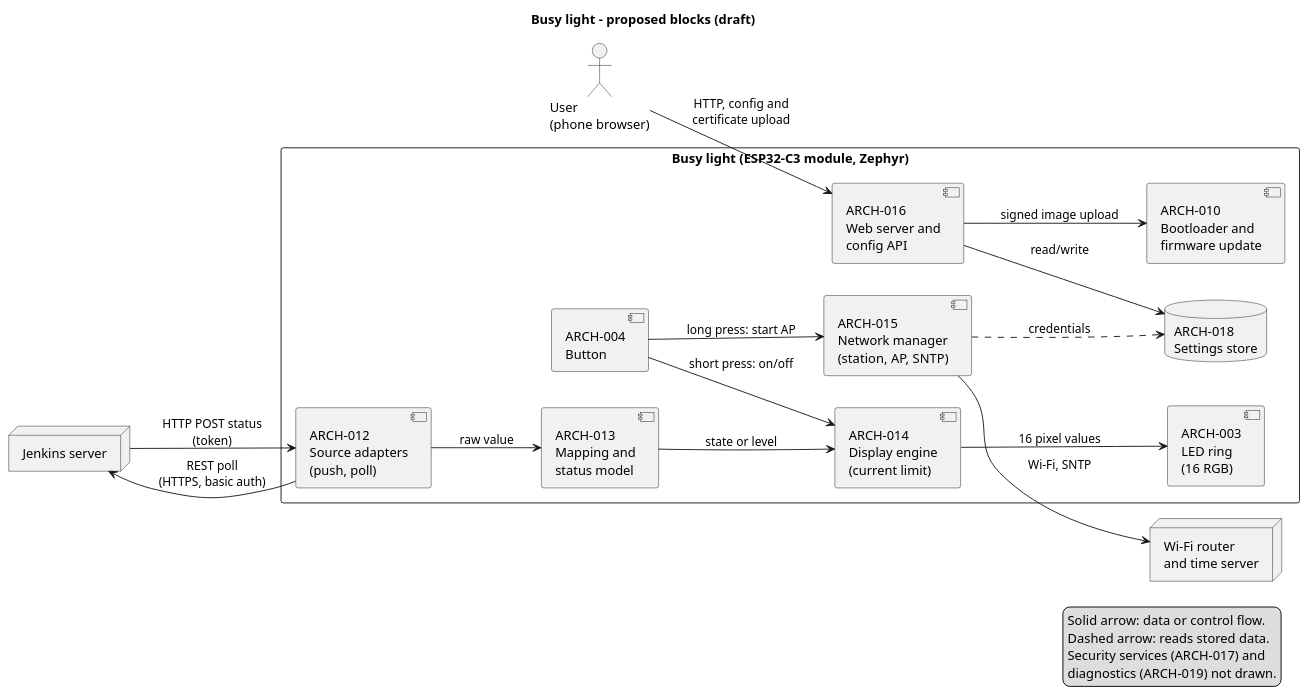
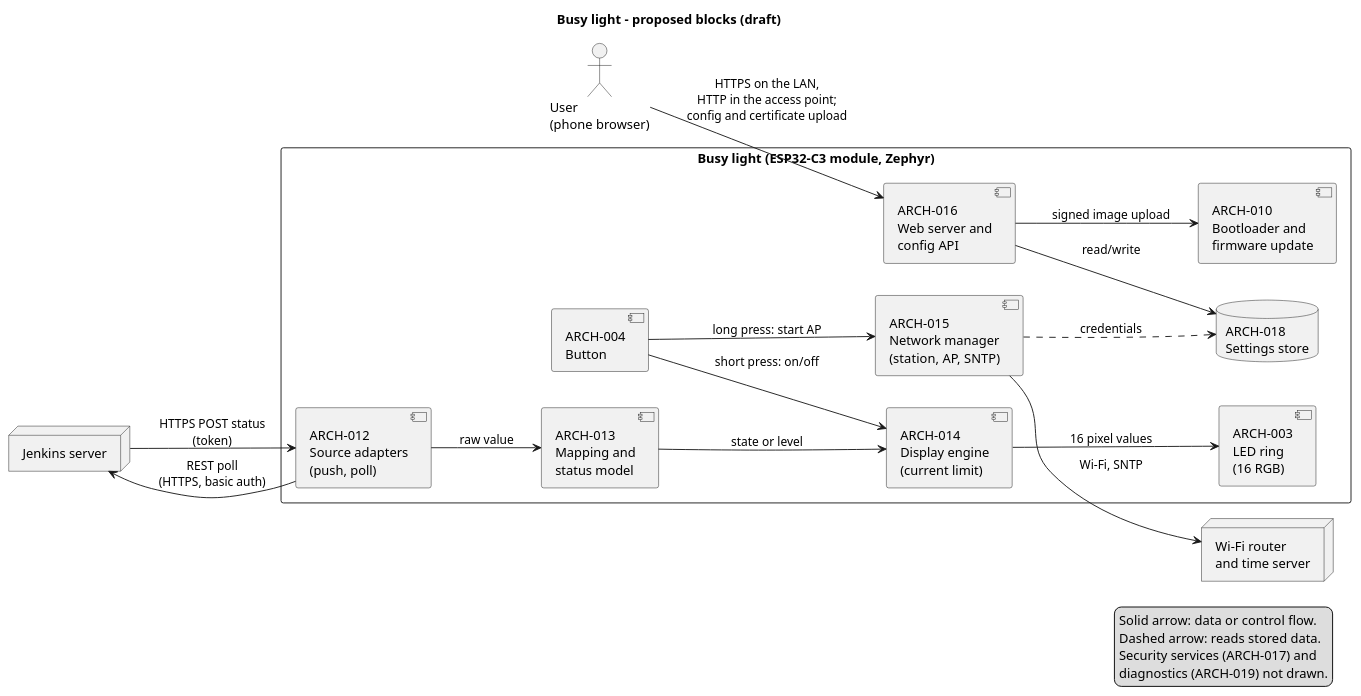
Before and after one commit to spoorcc/busy-light: the diagram in docs/diagrams/plantuml/arch-system-blocks.puml, drawn with PlantUML. The commit also changed 20 other files, not shown here.

```diff
--- a/docs/diagrams/plantuml/arch-system-blocks.puml
+++ b/docs/diagrams/plantuml/arch-system-blocks.puml
@@ -1,40 +1,40 @@
 @startuml arch-system-blocks
 title Busy light - proposed blocks (draft)
 left to right direction
 
 actor "User\n(phone browser)" as user
 node "Jenkins server" as jenkins
 node "Wi-Fi router\nand time server" as lan
 
 rectangle "Busy light (ESP32-C3 module, Zephyr)" {
   component "ARCH-016\nWeb server and\nconfig API" as web
   component "ARCH-015\nNetwork manager\n(station, AP, SNTP)" as net
   component "ARCH-012\nSource adapters\n(push, poll)" as src
   component "ARCH-013\nMapping and\nstatus model" as map
   component "ARCH-014\nDisplay engine\n(current limit)" as disp
   database "ARCH-018\nSettings store" as store
   component "ARCH-010\nBootloader and\nfirmware update" as boot
   component "ARCH-003\nLED ring\n(16 RGB)" as led
   component "ARCH-004\nButton" as btn
 }
 
-user --> web : HTTP, config and\ncertificate upload
-jenkins --> src : HTTP POST status\n(token)
+user --> web : HTTPS on the LAN,\nHTTP in the access point;\nconfig and certificate upload
+jenkins --> src : HTTPS POST status\n(token)
 src --> jenkins : REST poll\n(HTTPS, basic auth)
 net --> lan : Wi-Fi, SNTP
 src --> map : raw value
 map --> disp : state or level
 disp --> led : 16 pixel values
 btn --> net : long press: start AP
 btn --> disp : short press: on/off
 web --> store : read/write
 net ..> store : credentials
 web --> boot : signed image upload
 
 legend right
   Solid arrow: data or control flow.
   Dashed arrow: reads stored data.
   Security services (ARCH-017) and
   diagnostics (ARCH-019) not drawn.
 endlegend
 @enduml
```
